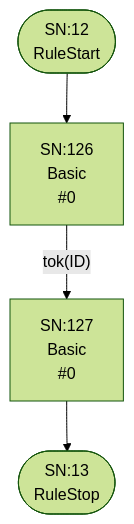
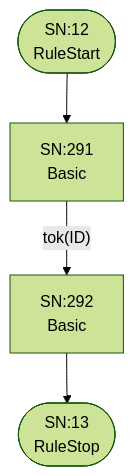
Before and after one commit to TypeFox/fastbelt: the seventh of 25 diagrams in internal/grammar/atn.md, drawn with Mermaid (forest theme). The commit also changed other lines of this file and 7 other files, not shown here.

````diff
--- a/internal/grammar/atn.md
+++ b/internal/grammar/atn.md
@@ -209,11 +209,11 @@
 ```mermaid
 flowchart TD
     q12(["SN:12<br/>RuleStart"])
     q13(["SN:13<br/>RuleStop"])
-    q126["SN:126<br/>Basic<br/> #0"]
-    q127["SN:127<br/>Basic<br/> #0"]
+    q291["SN:291<br/>Basic<br/>"]
+    q292["SN:292<br/>Basic<br/>"]
 
-    q12 --> q126
-    q126 -->|"tok(ID)"| q127
-    q127 --> q13
+    q12 --> q291
+    q291 -->|"tok(ID)"| q292
+    q292 --> q13
 ```
````
